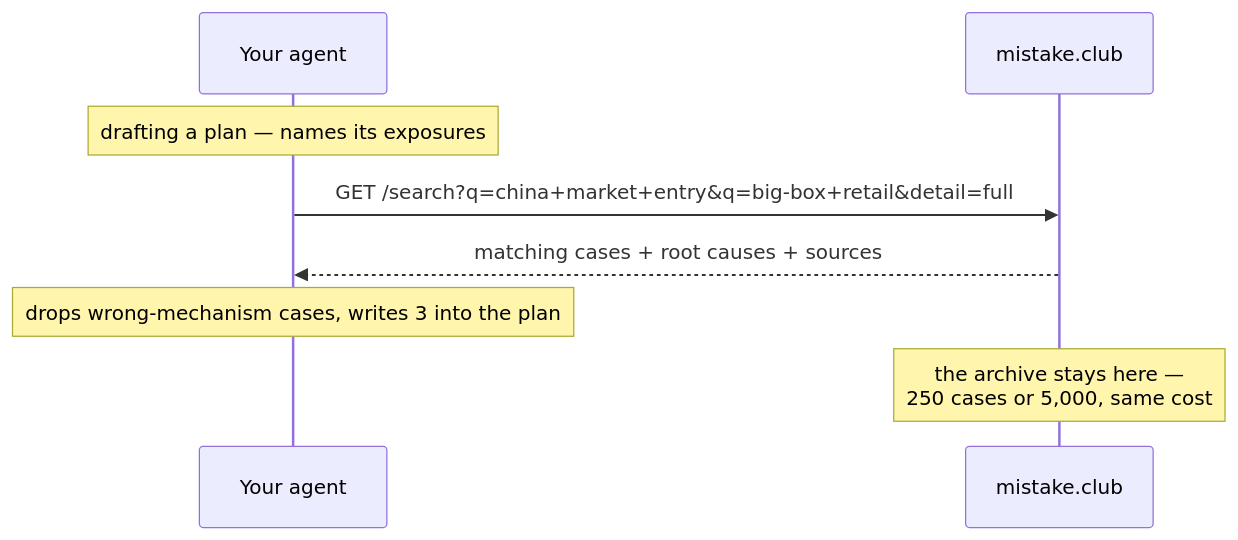
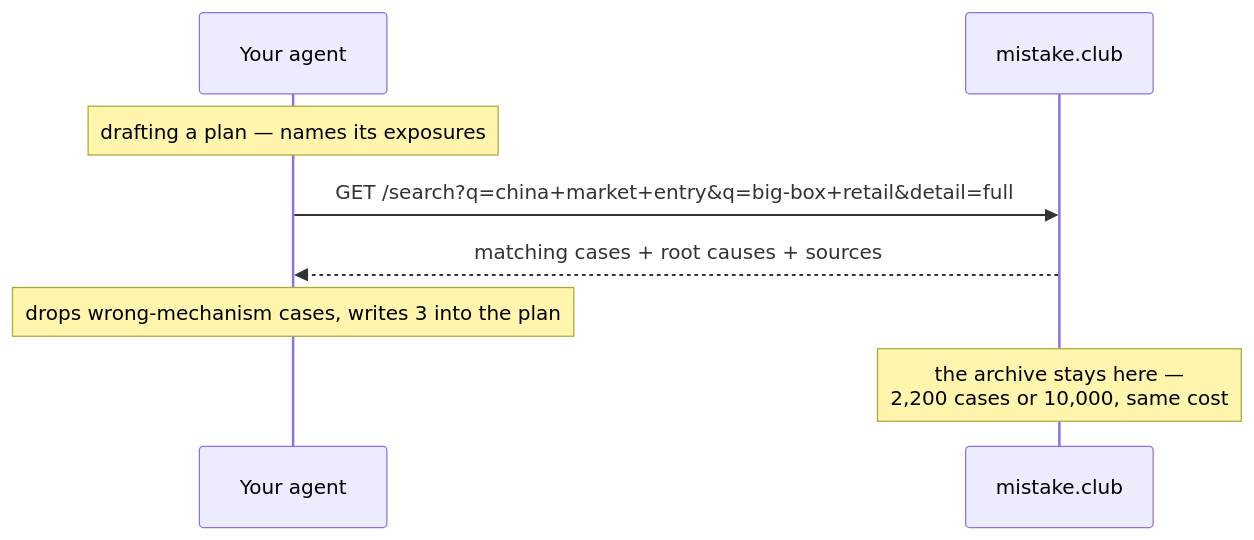
Before and after one commit to liangliao1209/mistake-club-skill: the diagram in README.md, drawn with Mermaid. The commit also changed other lines of this file, not shown here.

````diff
--- a/README.md
+++ b/README.md
@@ -95,10 +91,10 @@
 ```mermaid
 sequenceDiagram
     participant A as Your agent
     participant M as mistake.club
     Note over A: drafting a plan — names its exposures
     A->>M: GET /search?q=china+market+entry&q=big-box+retail&detail=full
     M-->>A: matching cases + root causes + sources
     Note over A: drops wrong-mechanism cases, writes 3 into the plan
-    Note over M: the archive stays here —<br/>250 cases or 5,000, same cost
+    Note over M: the archive stays here —<br/>2,200 cases or 10,000, same cost
 ```
````
